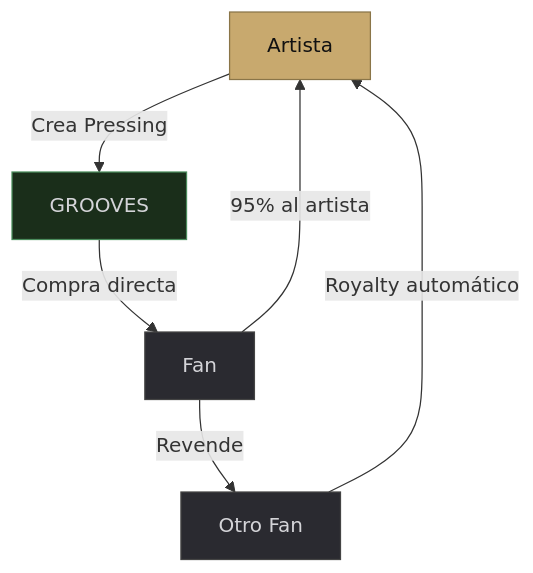
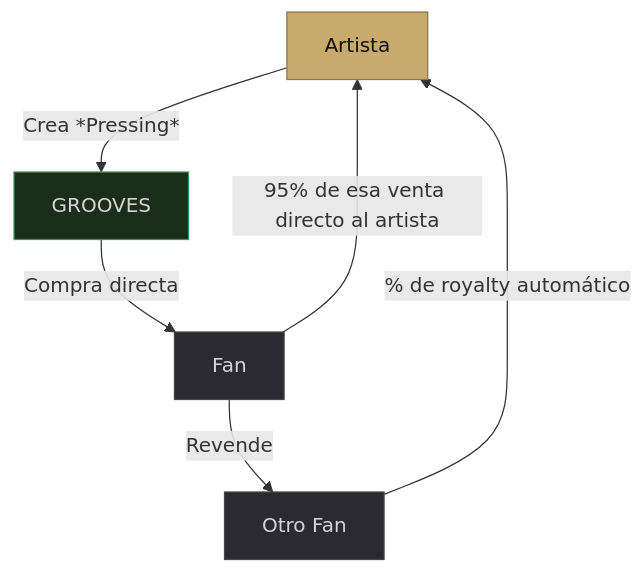
Before and after one commit to groovesart/grooves-docs: the second of 3 diagrams in el-problema.md, drawn with Mermaid. The commit also changed other lines of this file, not shown here.

````diff
--- a/el-problema.md
+++ b/el-problema.md
@@ -29,12 +29,12 @@
 ```mermaid
 graph TB
-    A[Artista] -->|Crea Pressing| B[GROOVES]
+    A[Artista] -->|Crea *Pressing*| B[GROOVES]
     B -->|Compra directa| C[Fan]
-    C -->|95% al artista| A
+    C -->|95% de esa venta directo al artista| A
     C -->|Revende| D[Otro Fan]
-    D -->|Royalty automático| A
+    D -->|% de royalty automático| A
     style A fill:#C8A96E,color:#111,stroke:#8a7548
     style B fill:#1a2e1a,color:#d4d4d8,stroke:#4a8c5c
     style C fill:#2a2a30,color:#d4d4d8,stroke:#444
     style D fill:#2a2a30,color:#d4d4d8,stroke:#444
 ```
````
